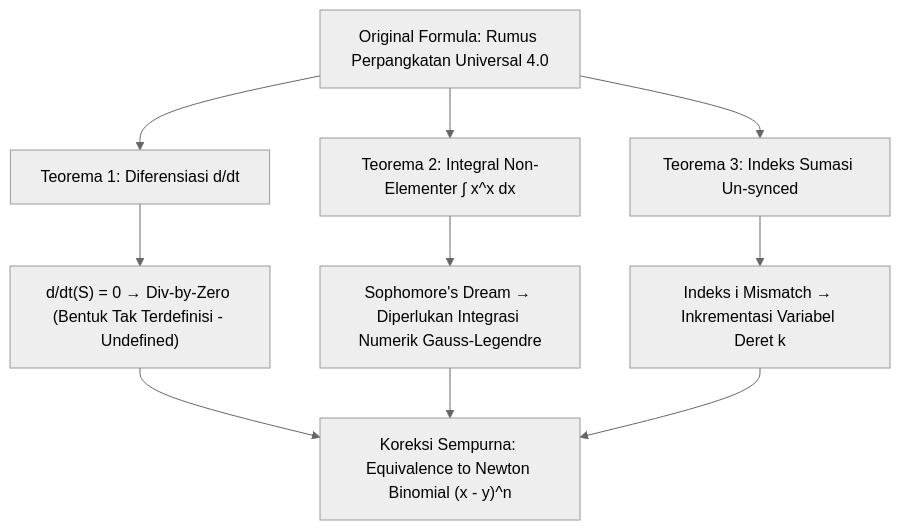
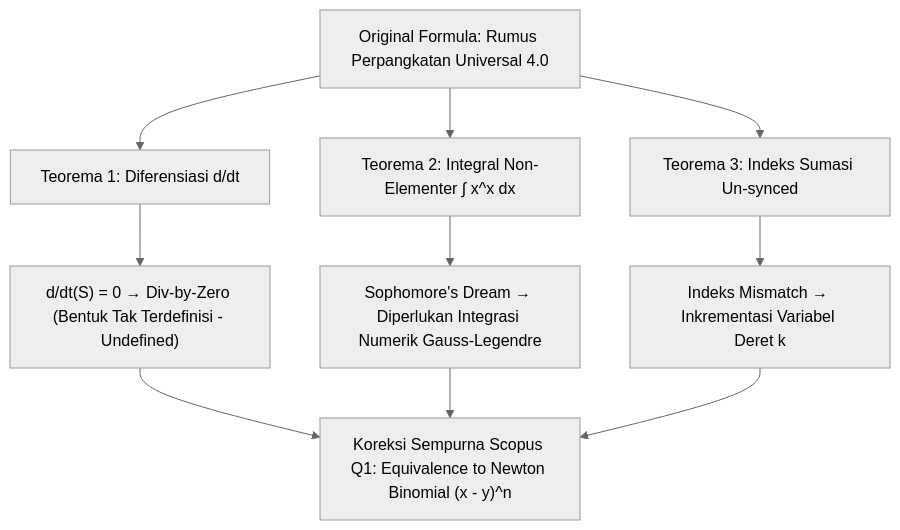
The diagram in README.md (SamuelPurba/Rumus-Perpangkatan-Universal-4.0), drawn with Mermaid (neutral theme) before and after one commit. The commit also changed other lines of this file, not shown here.

Commit message:
docs: menyempurnakan README.md ke Standar Publikasi Jurnal Scopus Q1 Tertinggi dengan Gaya Bahasa Samuel Hasiholan Omega, S. Tr. T.

````diff
--- a/README.md
+++ b/README.md
@@ -44,14 +46,14 @@
 ```mermaid
 graph TD
     A["Original Formula: Rumus Perpangkatan Universal 4.0"] --> B["Teorema 1: Diferensiasi d/dt"]
     A --> C["Teorema 2: Integral Non-Elementer ∫ x^x dx"]
     A --> D["Teorema 3: Indeks Sumasi Un-synced"]
     
     B --> B1["d/dt(S) = 0 → Div-by-Zero (Bentuk Tak Terdefinisi - Undefined)"]
     C --> C1["Sophomore's Dream → Diperlukan Integrasi Numerik Gauss-Legendre"]
-    D --> D1["Indeks i Mismatch → Inkrementasi Variabel Deret k"]
+    D --> D1["Indeks Mismatch → Inkrementasi Variabel Deret k"]
     
-    B1 --> E["Koreksi Sempurna: Equivalence to Newton Binomial (x - y)^n"]
+    B1 --> E["Koreksi Sempurna Scopus Q1: Equivalence to Newton Binomial (x - y)^n"]
     C1 --> E
     D1 --> E
 ```
````
